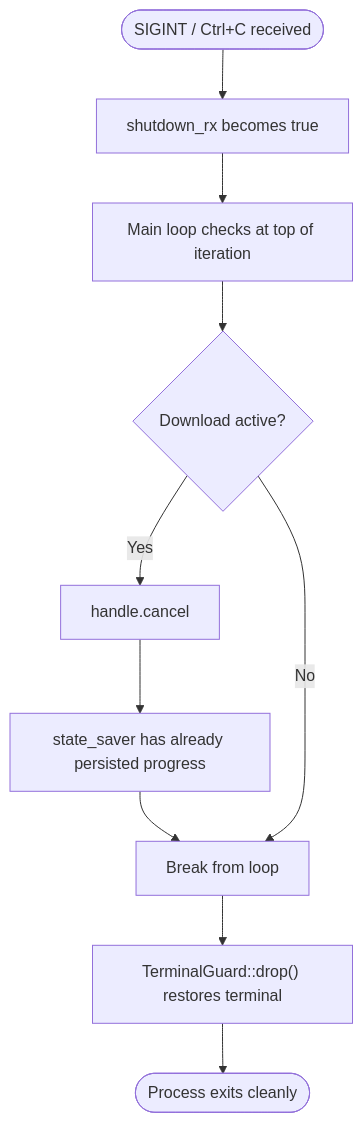
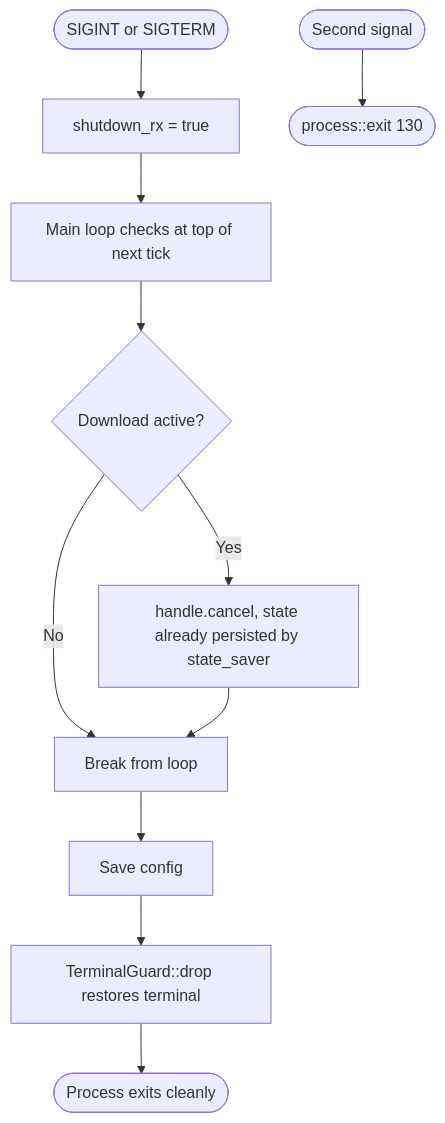
Before and after one commit to ChakornK/elysiae-tui: diagram 18 of 21 in UX.md, drawn with Mermaid. The commit also changed other lines of this file, not shown here.

````diff
--- a/UX.md
+++ b/UX.md
@@ -409,12 +447,14 @@
 ```mermaid
 flowchart TD
-    A([SIGINT / Ctrl+C received]) --> B[shutdown_rx becomes true]
-    B --> C[Main loop checks at top of iteration]
-    C --> D{Download active?}
-    D -->|Yes| E[handle.cancel]
-    E --> F[state_saver has already persisted progress]
-    F --> G[Break from loop]
-    D -->|No| G
-    G --> H["TerminalGuard::drop() restores terminal"]
-    H --> I([Process exits cleanly])
+    Signal([SIGINT or SIGTERM]) --> SetFlag[shutdown_rx = true]
+    SetFlag --> LoopChecks[Main loop checks at top of next tick]
+    LoopChecks --> DLActive{Download active?}
+    DLActive -->|Yes| CancelDL[handle.cancel, state already persisted by state_saver]
+    DLActive -->|No| Break
+    CancelDL --> Break[Break from loop]
+    Break --> SaveConfig[Save config]
+    SaveConfig --> DropGuard[TerminalGuard::drop restores terminal]
+    DropGuard --> Exit([Process exits cleanly])
+
+    Second([Second signal]) --> ForceExit([process::exit 130])
 ```
````
